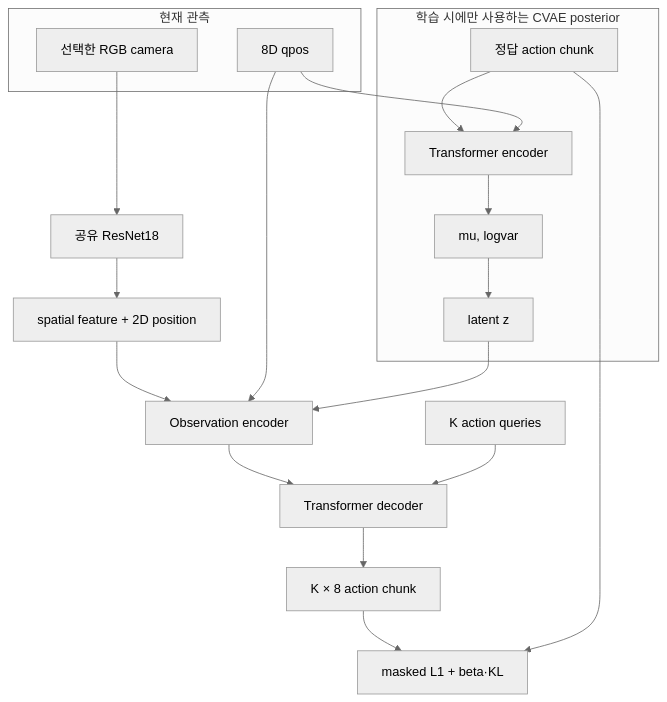
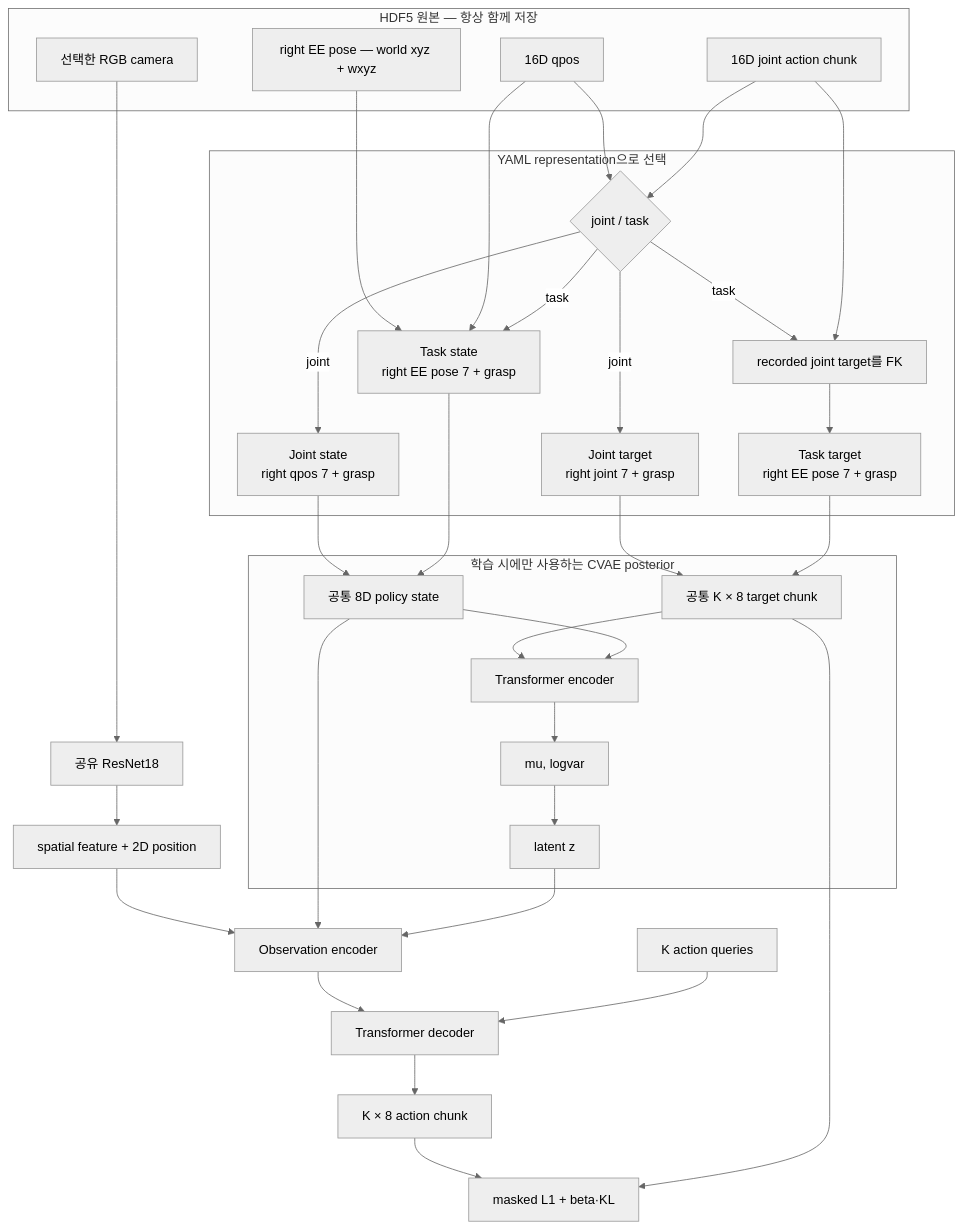
One commit to Geonhee-LEE/aiworker-mj-lab changed the first of 2 diagrams in docs/guide/il/act.md. Above: the diagram before and after it, drawn with Mermaid (neutral theme). The commit also changed other lines of this file and 149 other files, not shown here.

````diff
--- a/docs/guide/il/act.md
+++ b/docs/guide/il/act.md
@@ -39,25 +39,50 @@
 ```mermaid
 flowchart TB
-    subgraph Observation["현재 관측"]
+    subgraph Source["HDF5 원본 — 항상 함께 저장"]
         RGB["선택한 RGB camera"]
-        Q["8D qpos"]
+        Q16["16D qpos"]
+        A16["16D joint action chunk"]
+        EE["right EE pose — world xyz + wxyz"]
     end
+
+    subgraph Representation["YAML representation으로 선택"]
+        MODE{"joint / task"}
+        JS["Joint state<br/>right qpos 7 + grasp"]
+        JA["Joint target<br/>right joint 7 + grasp"]
+        TS["Task state<br/>right EE pose 7 + grasp"]
+        FK["recorded joint target를 FK"]
+        TA["Task target<br/>right EE pose 7 + grasp"]
+    end
+    Q16 --> MODE
+    A16 --> MODE
+    MODE -->|joint| JS
+    MODE -->|joint| JA
+    EE --> TS
+    Q16 --> TS
+    MODE -->|task| TS
+    MODE -->|task| FK
+    A16 --> FK --> TA
+    JS --> Q["공통 8D policy state"]
+    TS --> Q
+    JA --> GT["공통 K × 8 target chunk"]
+    TA --> GT
+
     RGB --> R["공유 ResNet18"]
     R --> S["spatial feature + 2D position"]
 
     subgraph Posterior["학습 시에만 사용하는 CVAE posterior"]
-        GT["정답 action chunk"] --> PENC["Transformer encoder"]
+        GT --> PENC["Transformer encoder"]
         Q --> PENC
         PENC --> DIST["mu, logvar"]
         DIST --> Z["latent z"]
     end
 
     S --> OENC["Observation encoder"]
     Q --> OENC
     Z --> OENC
     OENC --> DEC["Transformer decoder"]
     QUERY["K action queries"] --> DEC
     DEC --> OUT["K × 8 action chunk"]
     OUT --> LOSS["masked L1 + beta·KL"]
     GT --> LOSS
 ```
````
